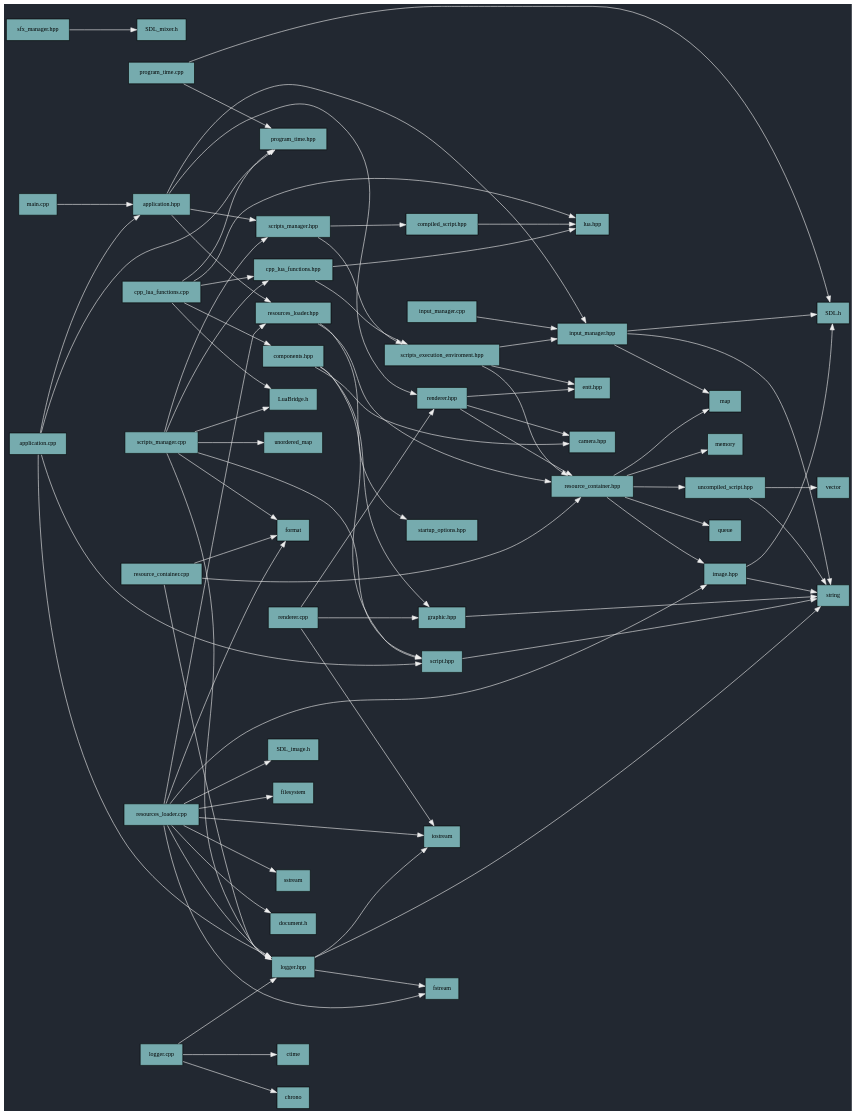
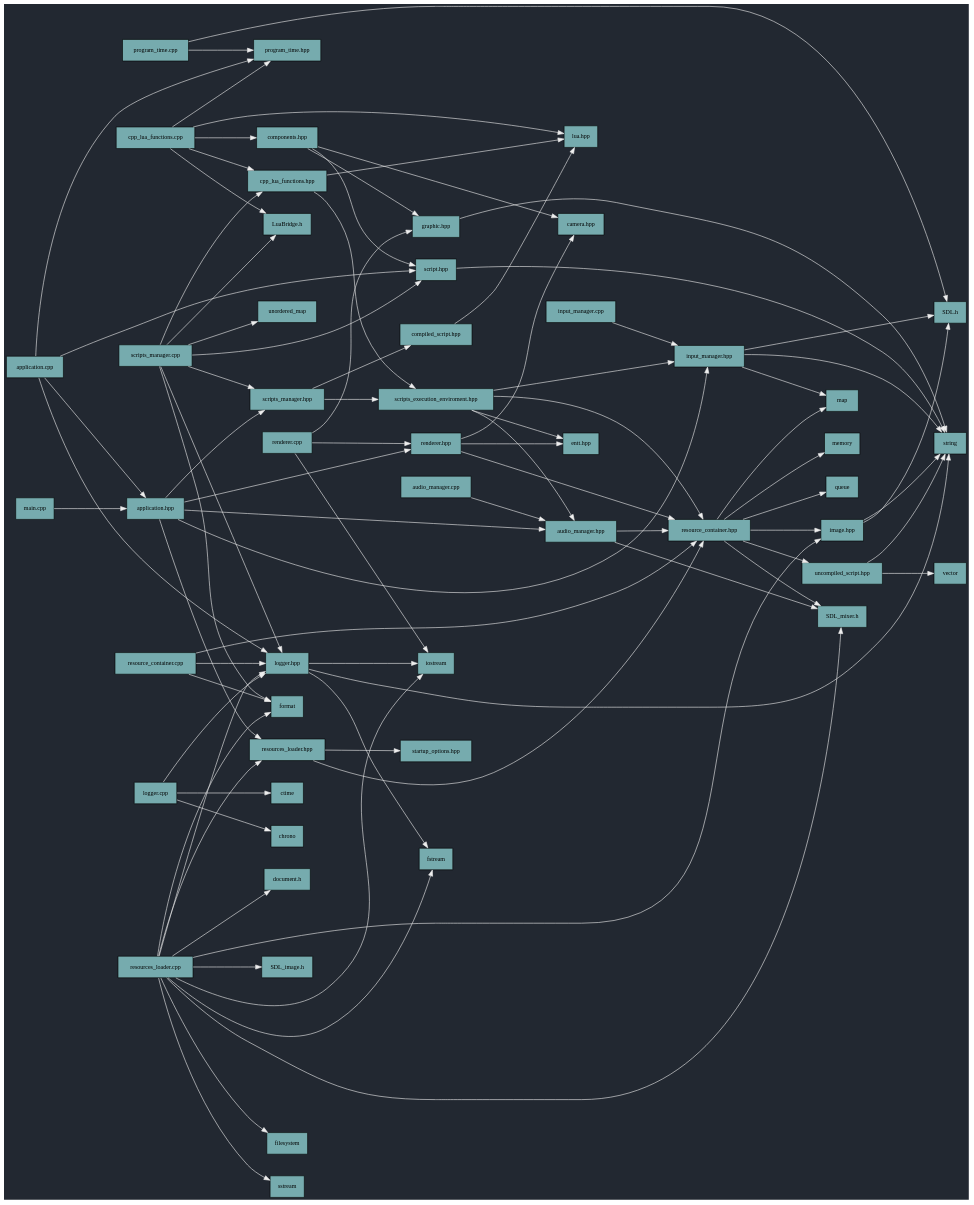
Before and after one commit to MichailS-000/Haste_n_Slash: the diagram in include_graph/graph.dot, drawn with Graphviz. The commit also changed 10 other files, not shown here.

Commit message:
Audio manager scripting

```diff
--- a/include_graph/graph.dot
+++ b/include_graph/graph.dot
@@ -1,85 +1,91 @@
 digraph IncludeHierarchy {
   rankdir=LR;
   nodesep=0.5;
   ranksep=1.2;
   bgcolor="#222831";
   node [shape=box, style=filled, fillcolor="#76ABAE", fontsize=10];
   edge [color="#EEEEEE"];
   "program_time.cpp" -> "program_time.hpp";
   "program_time.cpp" -> "SDL.h";
   "application.cpp" -> "program_time.hpp";
   "application.cpp" -> "logger.hpp";
   "application.cpp" -> "application.hpp";
   "application.cpp" -> "script.hpp";
   "application.hpp" -> "renderer.hpp";
   "application.hpp" -> "resources_loader.hpp";
   "application.hpp" -> "input_manager.hpp";
   "application.hpp" -> "scripts_manager.hpp";
+  "application.hpp" -> "audio_manager.hpp";
+  "scripts_execution_enviroment.hpp" -> "entt.hpp";
+  "scripts_execution_enviroment.hpp" -> "resource_container.hpp";
+  "scripts_execution_enviroment.hpp" -> "input_manager.hpp";
+  "scripts_execution_enviroment.hpp" -> "audio_manager.hpp";
+  "audio_manager.cpp" -> "audio_manager.hpp";
+  "audio_manager.hpp" -> "SDL_mixer.h";
+  "audio_manager.hpp" -> "resource_container.hpp";
+  "components.hpp" -> "camera.hpp";
+  "components.hpp" -> "graphic.hpp";
+  "components.hpp" -> "script.hpp";
+  "graphic.hpp" -> "string";
+  "script.hpp" -> "string";
   "scripts_manager.cpp" -> "scripts_manager.hpp";
   "scripts_manager.cpp" -> "script.hpp";
   "scripts_manager.cpp" -> "logger.hpp";
   "scripts_manager.cpp" -> "cpp_lua_functions.hpp";
   "scripts_manager.cpp" -> "format";
   "scripts_manager.cpp" -> "unordered_map";
   "scripts_manager.cpp" -> "LuaBridge.h";
   "input_manager.cpp" -> "input_manager.hpp";
-  "script.hpp" -> "string";
-  "scripts_execution_enviroment.hpp" -> "entt.hpp";
-  "scripts_execution_enviroment.hpp" -> "resource_container.hpp";
-  "scripts_execution_enviroment.hpp" -> "input_manager.hpp";
-  "components.hpp" -> "camera.hpp";
-  "components.hpp" -> "graphic.hpp";
-  "components.hpp" -> "script.hpp";
-  "graphic.hpp" -> "string";
   "scripts_manager.hpp" -> "scripts_execution_enviroment.hpp";
   "scripts_manager.hpp" -> "compiled_script.hpp";
   "input_manager.hpp" -> "map";
   "input_manager.hpp" -> "string";
   "input_manager.hpp" -> "SDL.h";
   "logger.cpp" -> "ctime";
   "logger.cpp" -> "logger.hpp";
   "logger.cpp" -> "chrono";
   "logger.hpp" -> "fstream";
   "logger.hpp" -> "iostream";
   "logger.hpp" -> "string";
   "uncompiled_script.hpp" -> "vector";
   "uncompiled_script.hpp" -> "string";
   "resource_container.hpp" -> "map";
   "resource_container.hpp" -> "memory";
   "resource_container.hpp" -> "queue";
   "resource_container.hpp" -> "image.hpp";
   "resource_container.hpp" -> "uncompiled_script.hpp";
+  "resource_container.hpp" -> "SDL_mixer.h";
   "main.cpp" -> "application.hpp";
   "image.hpp" -> "SDL.h";
   "image.hpp" -> "string";
   "renderer.cpp" -> "renderer.hpp";
   "renderer.cpp" -> "graphic.hpp";
   "renderer.cpp" -> "iostream";
   "renderer.hpp" -> "entt.hpp";
   "renderer.hpp" -> "resource_container.hpp";
   "renderer.hpp" -> "camera.hpp";
   "resources_loader.cpp" -> "filesystem";
   "resources_loader.cpp" -> "resources_loader.hpp";
   "resources_loader.cpp" -> "format";
   "resources_loader.cpp" -> "sstream";
   "resources_loader.cpp" -> "logger.hpp";
   "resources_loader.cpp" -> "image.hpp";
   "resources_loader.cpp" -> "iostream";
   "resources_loader.cpp" -> "fstream";
   "resources_loader.cpp" -> "document.h";
   "resources_loader.cpp" -> "SDL_image.h";
+  "resources_loader.cpp" -> "SDL_mixer.h";
   "compiled_script.hpp" -> "lua.hpp";
   "resources_loader.hpp" -> "startup_options.hpp";
   "resources_loader.hpp" -> "resource_container.hpp";
   "resource_container.cpp" -> "logger.hpp";
   "resource_container.cpp" -> "resource_container.hpp";
   "resource_container.cpp" -> "format";
   "cpp_lua_functions.cpp" -> "lua.hpp";
   "cpp_lua_functions.cpp" -> "components.hpp";
   "cpp_lua_functions.cpp" -> "cpp_lua_functions.hpp";
   "cpp_lua_functions.cpp" -> "program_time.hpp";
   "cpp_lua_functions.cpp" -> "LuaBridge.h";
   "cpp_lua_functions.hpp" -> "scripts_execution_enviroment.hpp";
   "cpp_lua_functions.hpp" -> "lua.hpp";
-  "sfx_manager.hpp" -> "SDL_mixer.h";
 }
```
